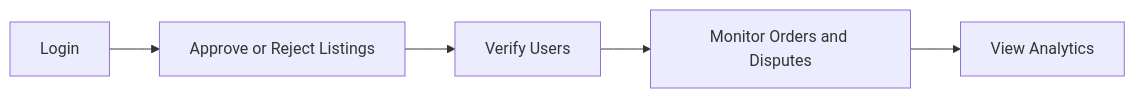
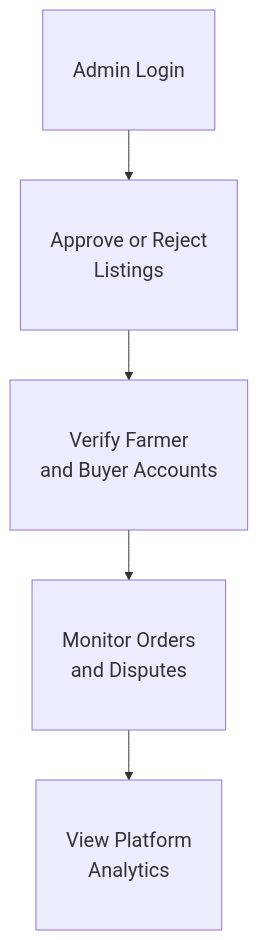
The third of 4 diagrams in README.md (tareqferdous/agrolink-frontend), drawn with Mermaid before and after one commit. The commit also changed other lines of this file, not shown here.

````diff
--- a/README.md
+++ b/README.md
@@ -56,7 +66,12 @@
 ```mermaid
-flowchart LR
-	A1[Login] --> A2[Approve or Reject Listings]
-	A2 --> A3[Verify Users]
-	A3 --> A4[Monitor Orders and Disputes]
-	A4 --> A5[View Analytics]
+%%{init: {"themeVariables": {"fontSize": "20px"}}}%%
+flowchart TB
+	classDef big font-size:20px,padding:16px;
+
+	A1[Admin Login] --> A2[Approve or Reject<br/>Listings]
+	A2 --> A3[Verify Farmer<br/>and Buyer Accounts]
+	A3 --> A4[Monitor Orders<br/>and Disputes]
+	A4 --> A5[View Platform<br/>Analytics]
+
+	class A1,A2,A3,A4,A5 big;
 ```
````
